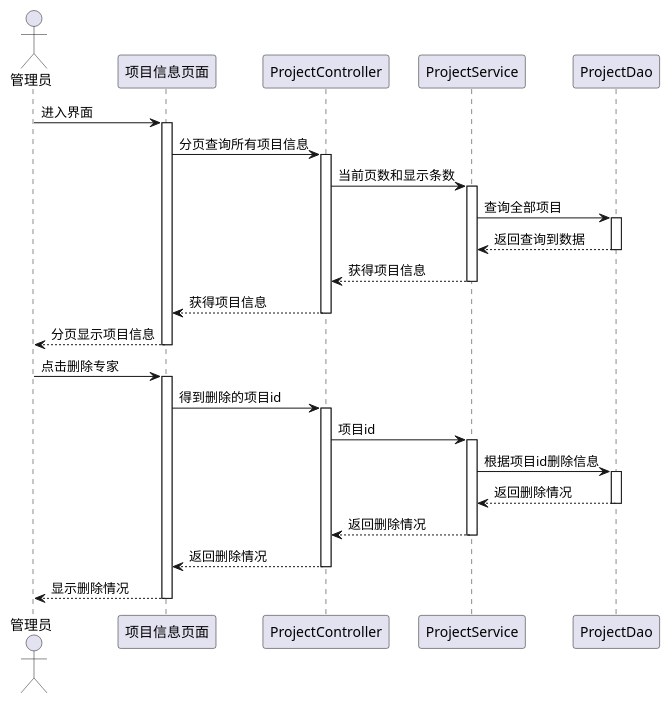
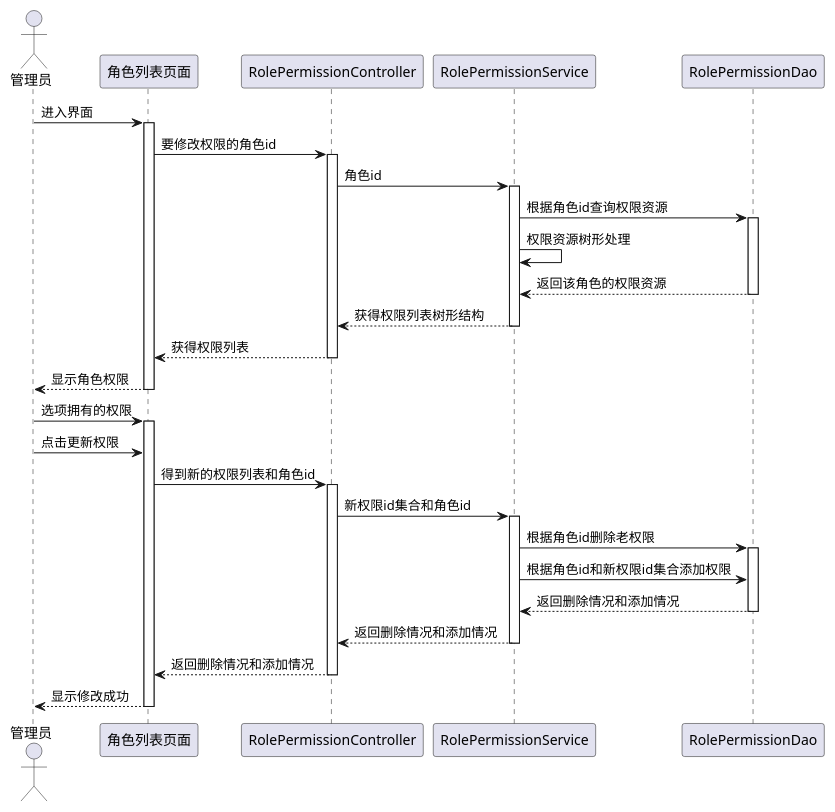
Before and after one commit to jinmingyong/expert_system: the diagram in src/main/java/com/jin/expertsystem/expertsystem/管理员修改用户权限.puml, drawn with PlantUML. The commit also changed 13 other files, not shown here.

```diff
--- a/src/main/java/com/jin/expertsystem/expertsystem/管理员修改用户权限.puml
+++ b/src/main/java/com/jin/expertsystem/expertsystem/管理员修改用户权限.puml
@@ -1,40 +1,43 @@
 @startuml
 actor 管理员
-participant 项目信息页面
-participant ProjectController
-participant ProjectService
-participant ProjectDao
-管理员->项目信息页面:进入界面
-activate 项目信息页面
-项目信息页面->ProjectController:分页查询所有项目信息
-activate ProjectController
-ProjectController->ProjectService:当前页数和显示条数
-activate ProjectService
-ProjectService->ProjectDao:查询全部项目
-activate ProjectDao
-ProjectDao-->ProjectService:返回查询到数据
-deactivate ProjectDao
-ProjectService-->ProjectController:获得项目信息
-deactivate ProjectService
-ProjectController-->项目信息页面:获得项目信息
-deactivate ProjectController
-项目信息页面-->管理员:分页显示项目信息
-deactivate 项目信息页面
+participant 角色列表页面
+participant RolePermissionController
+participant RolePermissionService
+participant RolePermissionDao
+管理员->角色列表页面:进入界面
+activate 角色列表页面
+角色列表页面->RolePermissionController:要修改权限的角色id
+activate RolePermissionController
+RolePermissionController->RolePermissionService:角色id
+activate RolePermissionService
+RolePermissionService->RolePermissionDao:根据角色id查询权限资源
+activate RolePermissionDao
+RolePermissionService->RolePermissionService:权限资源树形处理
+RolePermissionDao-->RolePermissionService:返回该角色的权限资源
+deactivate RolePermissionDao
+RolePermissionService-->RolePermissionController:获得权限列表树形结构
+deactivate RolePermissionService
+RolePermissionController-->角色列表页面:获得权限列表
+deactivate RolePermissionController
+角色列表页面-->管理员:显示角色权限
+deactivate 角色列表页面
 
-管理员->项目信息页面:点击删除专家
-activate 项目信息页面
-项目信息页面->ProjectController:得到删除的项目id
-activate ProjectController
-ProjectController->ProjectService:项目id
-activate ProjectService
-ProjectService->ProjectDao:根据项目id删除信息
-activate ProjectDao
-ProjectDao-->ProjectService:返回删除情况
-deactivate ProjectDao
-ProjectService-->ProjectController:返回删除情况
-deactivate ProjectService
-ProjectController-->项目信息页面:返回删除情况
-deactivate ProjectController
-项目信息页面-->管理员:显示删除情况
-deactivate 项目信息页面
+管理员->角色列表页面:选项拥有的权限
+activate 角色列表页面
+管理员->角色列表页面:点击更新权限
+角色列表页面->RolePermissionController:得到新的权限列表和角色id
+activate RolePermissionController
+RolePermissionController->RolePermissionService:新权限id集合和角色id
+activate RolePermissionService
+RolePermissionService->RolePermissionDao:根据角色id删除老权限
+activate RolePermissionDao
+RolePermissionService->RolePermissionDao:根据角色id和新权限id集合添加权限
+RolePermissionDao-->RolePermissionService:返回删除情况和添加情况
+deactivate RolePermissionDao
+RolePermissionService-->RolePermissionController:返回删除情况和添加情况
+deactivate RolePermissionService
+RolePermissionController-->角色列表页面:返回删除情况和添加情况
+deactivate RolePermissionController
+角色列表页面-->管理员:显示修改成功
+deactivate 角色列表页面
 @enduml
```
